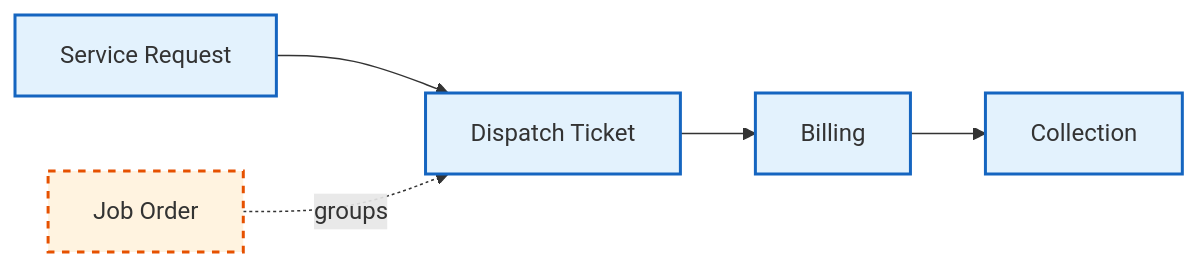
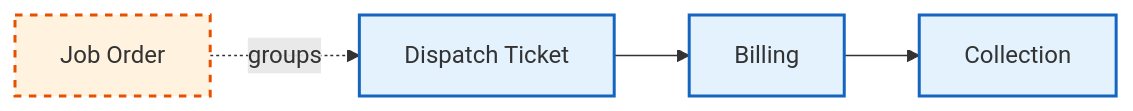
The diagram in Docs/manual/README.md (fri-mis-enterprise/MMSI.IBS), drawn with Mermaid before and after one commit. The commit also changed other lines of this file and 40 other files, not shown here.

Commit message:
Remove Service Request workflow

````diff
--- a/Docs/manual/README.md
+++ b/Docs/manual/README.md
@@ -7,12 +7,11 @@
 ```mermaid
 graph LR
-    SR[Service Request] --> DT[Dispatch Ticket]
-    DT --> BL[Billing]
+    DT[Dispatch Ticket] --> BL[Billing]
     BL --> CL[Collection]
     JO[Job Order] -.->|groups| DT
 
     classDef primary fill:#e3f2fd,stroke:#1565c0,stroke-width:2px;
     classDef support fill:#fff3e0,stroke:#e65100,stroke-width:2px,stroke-dasharray:5 5;
-    class SR,DT,BL,CL primary;
+    class DT,BL,CL primary;
     class JO support;
 ```
````
